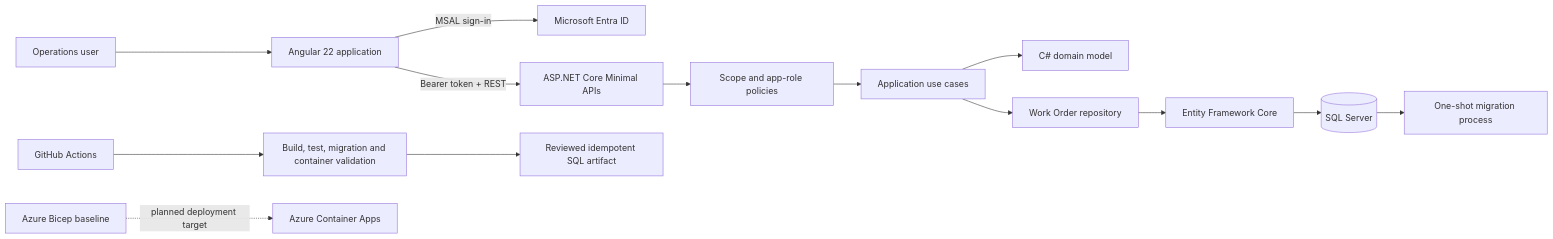
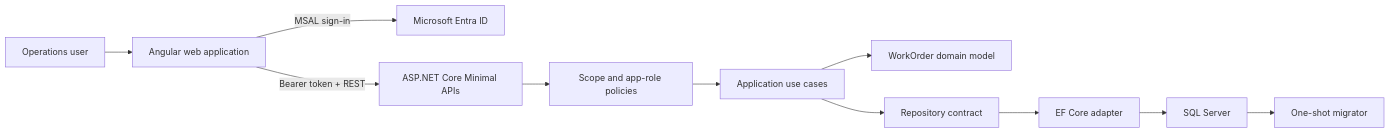
One commit to JinyanShao/helvetic-operations-platform changed the first of 3 diagrams in README.md. Above: the diagram before and after it, drawn with Mermaid. The commit also changed other lines of this file and 2 other files, not shown here.

````diff
--- a/README.md
+++ b/README.md
@@ -82,17 +30,13 @@
 ```mermaid
 flowchart LR
-    User[Operations user] --> Angular[Angular 22 application]
-    Angular -->|MSAL sign-in| Entra[Microsoft Entra ID]
-    Angular -->|Bearer token + REST| API[ASP.NET Core Minimal APIs]
-    API --> Auth[Scope and app-role policies]
-    Auth --> Application[Application use cases]
-    Application --> Domain[C# domain model]
-    Application --> Repository[Work Order repository]
-    Repository --> EF[Entity Framework Core]
-    EF --> SQL[(SQL Server)]
-
-    SQL --> Migrator[One-shot migration process]
-    CI[GitHub Actions] --> Validation[Build, test, migration and container validation]
-    Validation --> Artifact[Reviewed idempotent SQL artifact]
-    Bicep[Azure Bicep baseline] -. planned deployment target .-> Azure[Azure Container Apps]
+    User["Operations user"] --> Web["Angular web application"]
+    Web -->|MSAL sign-in| Entra["Microsoft Entra ID"]
+    Web -->|Bearer token + REST| Api["ASP.NET Core Minimal APIs"]
+    Api --> Auth["Scope and app-role policies"]
+    Auth --> App["Application use cases"]
+    App --> Domain["WorkOrder domain model"]
+    App --> Repo["Repository contract"]
+    Repo --> Ef["EF Core adapter"]
+    Ef --> Sql["SQL Server"]
+    Sql --> Migrator["One-shot migrator"]
 ```
````
